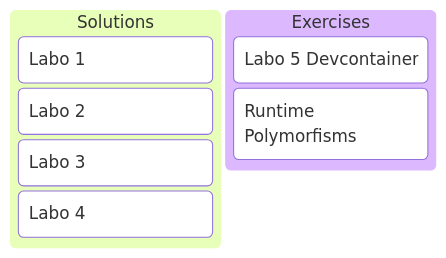
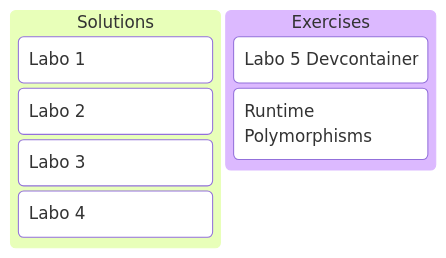
One commit to GlennVL-AP/cpp-programming-slides changed the diagram in slides/session_5_labo/index.md. Above: the diagram before and after it, drawn with Mermaid. The commit also changed other lines of this file and 5 other files, not shown here.

````diff
--- a/slides/session_5_labo/index.md
+++ b/slides/session_5_labo/index.md
@@ -7,11 +9,11 @@
 ```mermaid
 kanban
   column1[Solutions]
     task1[Labo 1]
     task2[Labo 2]
     task3[Labo 3]
     task4[Labo 4]
-  colums2[Exercises]
+  column2[Exercises]
     task5[Labo 5 Devcontainer]
-    task6[Runtime Polymorfisms]
+    task6[Runtime Polymorphisms]
 ```
````
